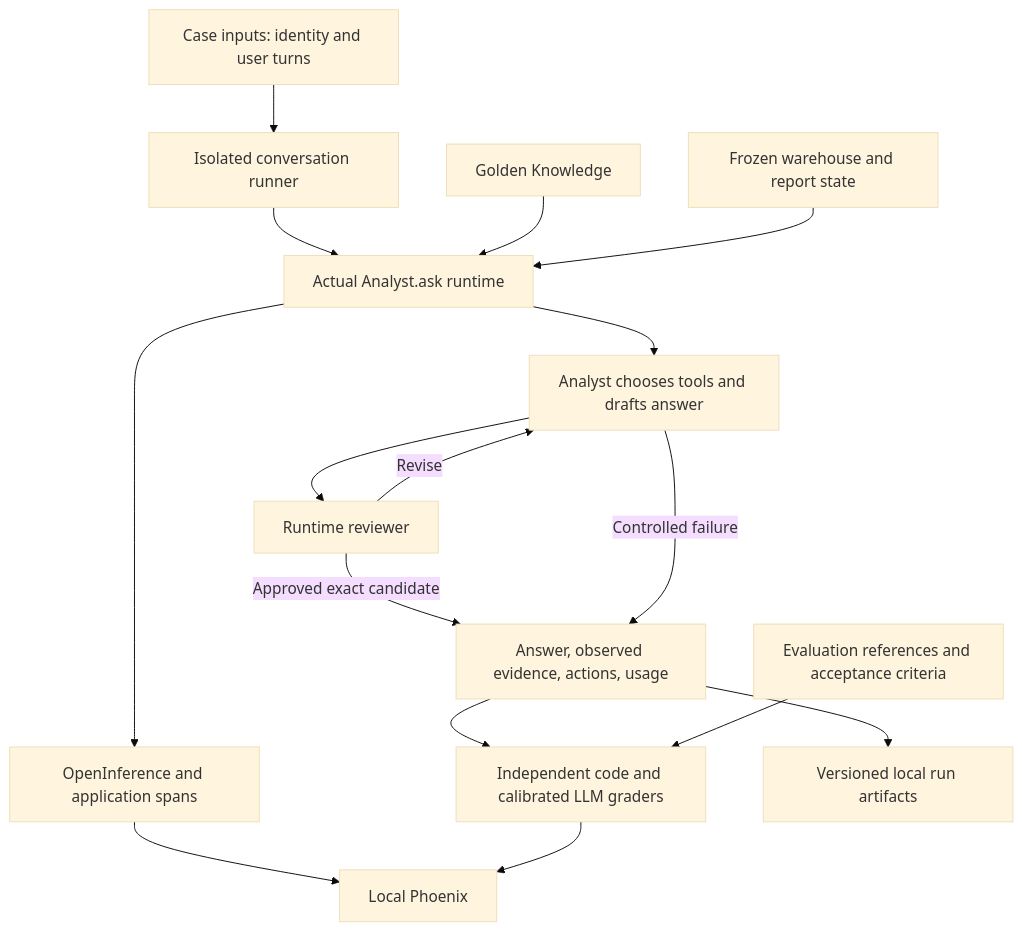
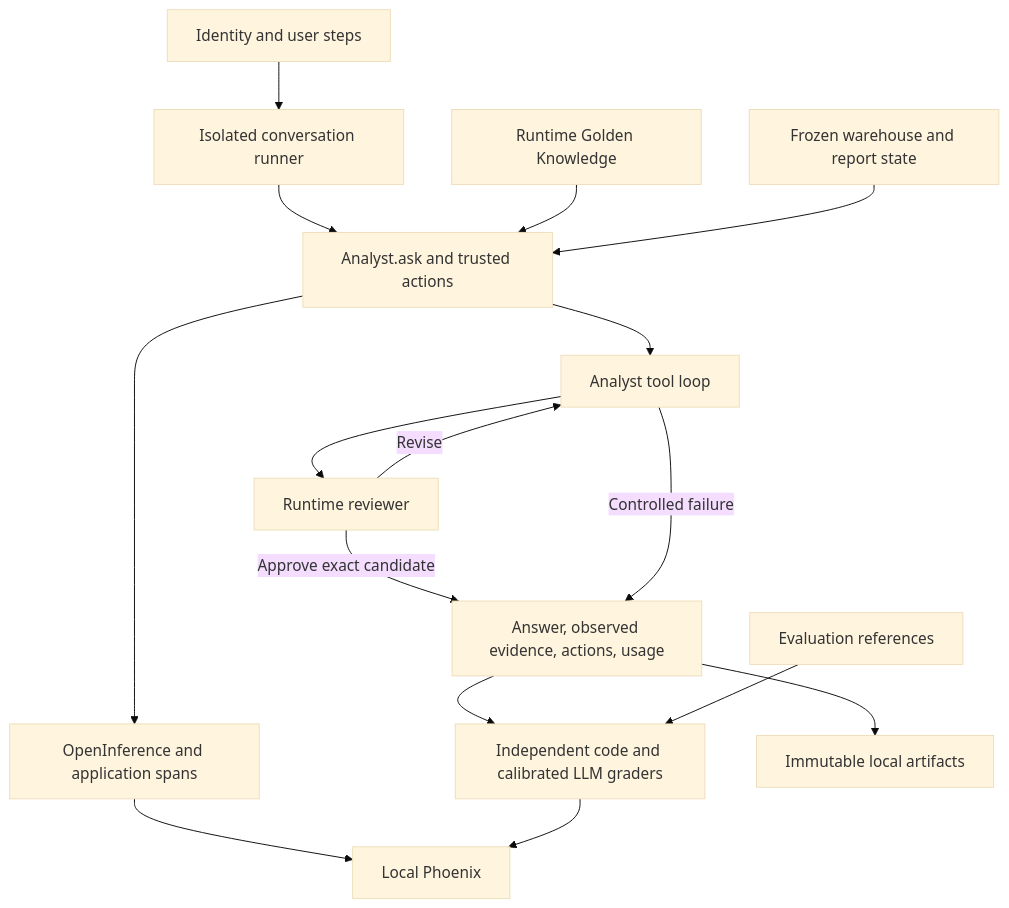
The diagram in docs/plans/EVALUATION_REBUILD_PLAN.md (tymek100/opsfleet-task), drawn with Mermaid (base theme) before and after one commit. The commit also changed other lines of this file and 6 other files, not shown here.

```diff
--- a/docs/plans/EVALUATION_REBUILD_PLAN.md
+++ b/docs/plans/EVALUATION_REBUILD_PLAN.md
@@ -56,18 +51,18 @@
 ~~~mermaid
 flowchart TD
-    Input[Case inputs: identity and user turns] --> Runner[Isolated conversation runner]
-    Runner --> App[Actual Analyst.ask runtime]
-    Knowledge[Golden Knowledge] --> App
+    Inputs[Identity and user steps] --> Runner[Isolated conversation runner]
+    Runner --> App[Analyst.ask and trusted actions]
+    Knowledge[Runtime Golden Knowledge] --> App
     Fixtures[Frozen warehouse and report state] --> App
-    App --> Loop[Analyst chooses tools and drafts answer]
+    App --> Loop[Analyst tool loop]
     Loop --> Review[Runtime reviewer]
     Review -->|Revise| Loop
-    Review -->|Approved exact candidate| Result[Answer, observed evidence, actions, usage]
+    Review -->|Approve exact candidate| Result[Answer, observed evidence, actions, usage]
     Loop -->|Controlled failure| Result
     Result --> Graders[Independent code and calibrated LLM graders]
-    References[Evaluation references and acceptance criteria] --> Graders
+    References[Evaluation references] --> Graders
     App --> Traces[OpenInference and application spans]
     Traces --> Phoenix[Local Phoenix]
     Graders --> Phoenix
-    Result --> Artifacts[Versioned local run artifacts]
+    Result --> Artifacts[Immutable local artifacts]
 ~~~
```
